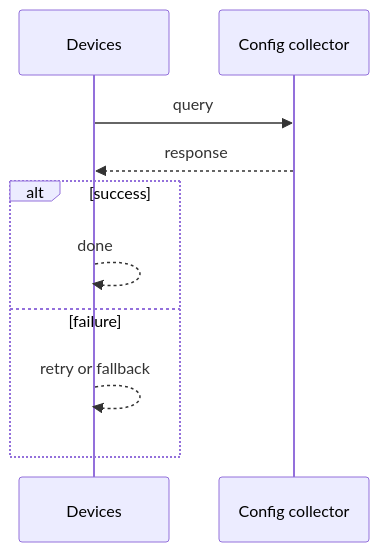
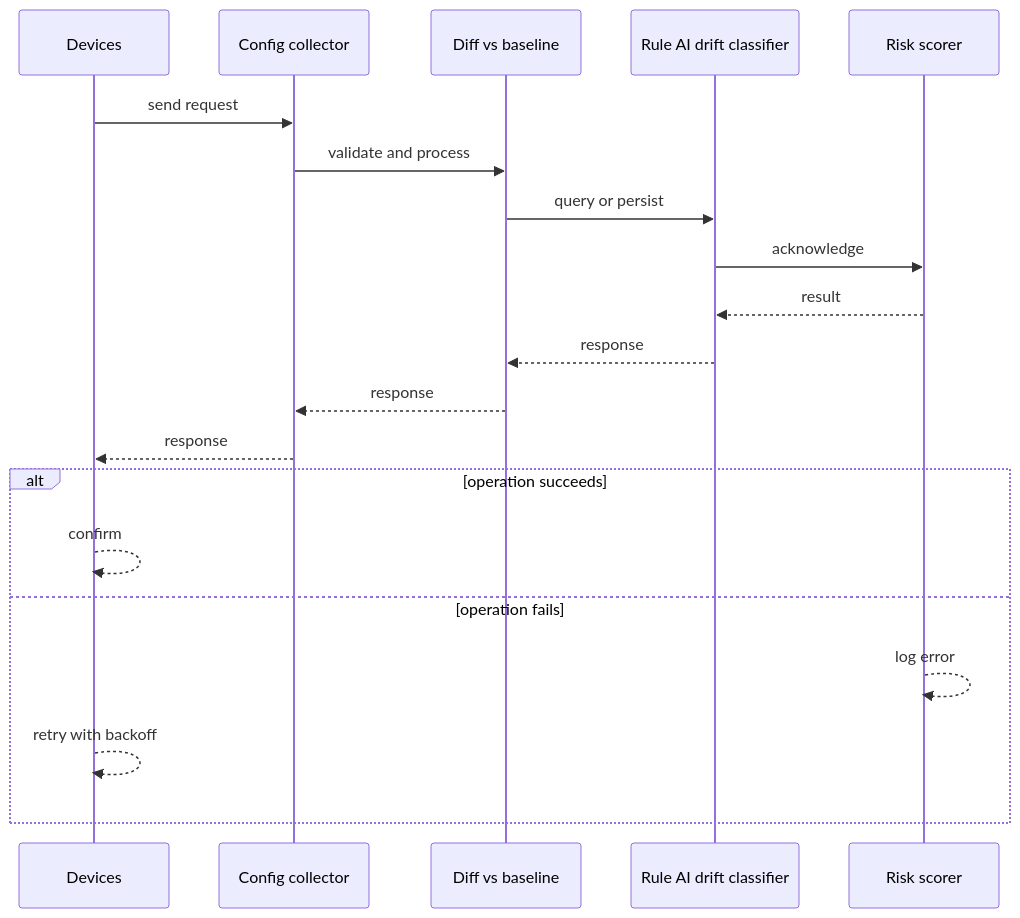
One commit to RIT-MESH/system-design-mastery changed the second of 4 diagrams in case-studies/network-ai-systems/configuration-drift-detection.md. Above: the diagram before and after it, drawn with Mermaid. The commit also changed other lines of this file and 64 other files, not shown here.

````diff
--- a/case-studies/network-ai-systems/configuration-drift-detection.md
+++ b/case-studies/network-ai-systems/configuration-drift-detection.md
@@ -82,13 +70,23 @@
 ```mermaid
 %% created-for: system-design-mastery
 sequenceDiagram
-  participant P0 as Devices
-  participant P1 as Config collector
-  P0 ->> P1: query
-  P1 -->> P0: response
-  alt success
-    P0 -->> P0: done
-  else failure
-    P0 -->> P0: retry or fallback
+  participant C0 as Devices
+  participant C1 as Config collector
+  participant C2 as Diff vs baseline
+  participant C3 as Rule AI drift classifier
+  participant C4 as Risk scorer
+  C0 ->> C1: send request
+  C1 ->> C2: validate and process
+  C2 ->> C3: query or persist
+  C3 ->> C4: acknowledge
+  C4 -->> C3: result
+  C3 -->> C2: response
+  C2 -->> C1: response
+  C1 -->> C0: response
+  alt operation succeeds
+    C0 -->> C0: confirm
+  else operation fails
+    C4 -->> C4: log error
+    C0 -->> C0: retry with backoff
   end
 ```
````
